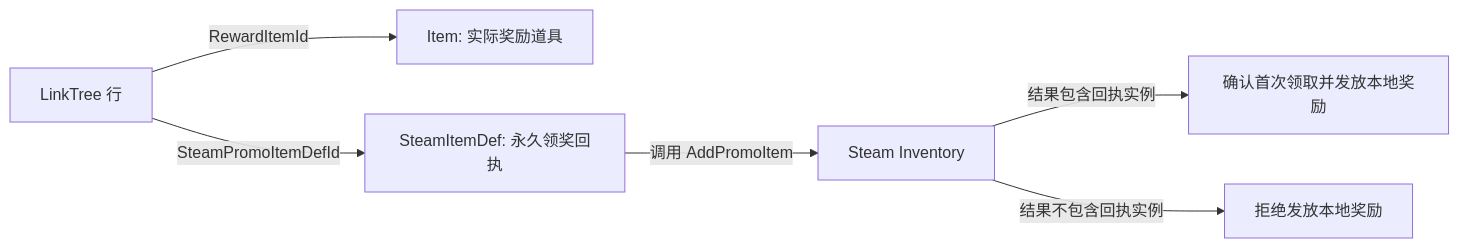
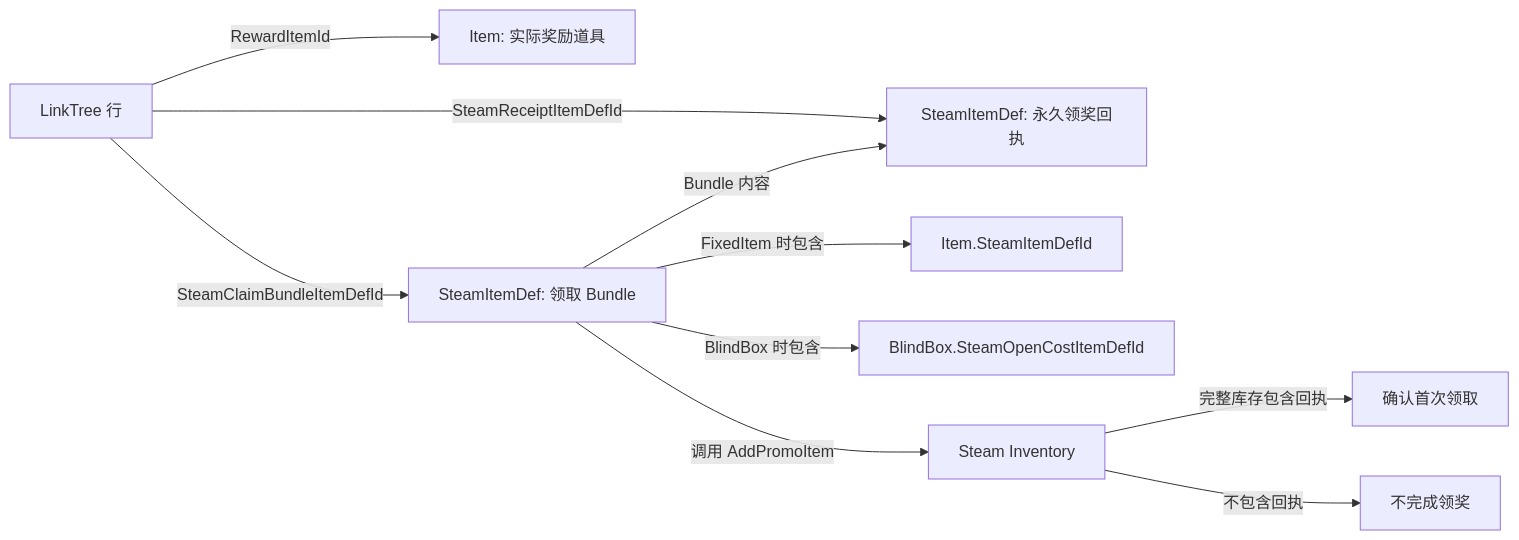
Before and after one commit to SeananTQ/lucky-dog-pub-2026: the diagram in docs/game-design/SteamItemDef表说明.md, drawn with Mermaid. The commit also changed other lines of this file and 2 other files, not shown here.

````diff
--- a/docs/game-design/SteamItemDef表说明.md
+++ b/docs/game-design/SteamItemDef表说明.md
@@ -25,8 +25,12 @@
 ```mermaid
 flowchart LR
     LinkTree[LinkTree 行] -->|RewardItemId| Item[Item: 实际奖励道具]
-    LinkTree -->|SteamPromoItemDefId| Receipt[SteamItemDef: 永久领奖回执]
-    Receipt -->|调用 AddPromoItem| SteamInventory[Steam Inventory]
-    SteamInventory -->|结果包含回执实例| LocalInventory[确认首次领取并发放本地奖励]
-    SteamInventory -->|结果不包含回执实例| RefuseReward[拒绝发放本地奖励]
+    LinkTree -->|SteamReceiptItemDefId| Receipt[SteamItemDef: 永久领奖回执]
+    LinkTree -->|SteamClaimBundleItemDefId| ClaimBundle[SteamItemDef: 领取 Bundle]
+    ClaimBundle -->|Bundle 内容| Receipt
+    ClaimBundle -->|FixedItem 时包含| SteamItem[Item.SteamItemDefId]
+    ClaimBundle -->|BlindBox 时包含| BoxTicket[BlindBox.SteamOpenCostItemDefId]
+    ClaimBundle -->|调用 AddPromoItem| SteamInventory[Steam Inventory]
+    SteamInventory -->|完整库存包含回执| Complete[确认首次领取]
+    SteamInventory -->|不包含回执| RefuseReward[不完成领奖]
 ```
````
